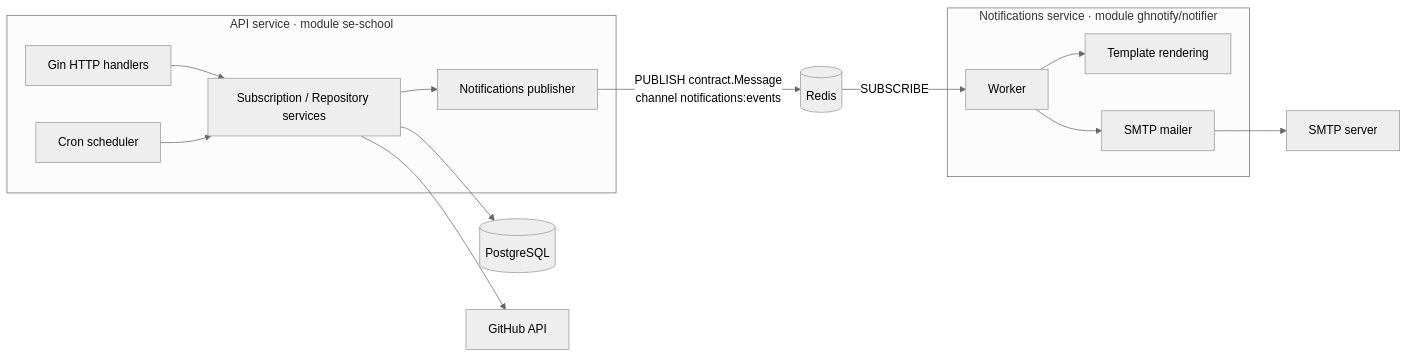
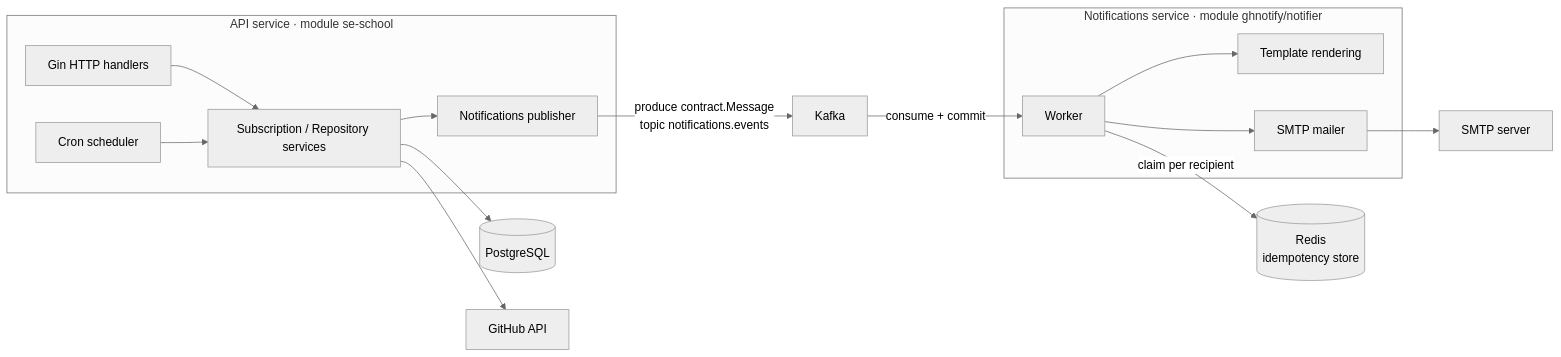
The first of 4 diagrams in README.md (GenesisEducationKyiv/software-engineering-school-6-0-vanyatemno), drawn with Mermaid (neutral theme) before and after one commit. The commit also changed other lines of this file and 5 other files, not shown here.

````diff
--- a/README.md
+++ b/README.md
@@ -29,17 +29,18 @@
 ```mermaid
 graph LR
     subgraph api[API service · module se-school]
       H[Gin HTTP handlers] --> S[Subscription / Repository services]
       CR[Cron scheduler] --> S
       S --> P[Notifications publisher]
     end
-    P -->|PUBLISH contract.Message<br/>channel notifications:events| R[(Redis)]
-    R -->|SUBSCRIBE| W[Worker]
+    P -->|produce contract.Message<br/>topic notifications.events| K[Kafka]
+    K -->|consume + commit| W[Worker]
     subgraph notif[Notifications service · module ghnotify/notifier]
       W --> T[Template rendering]
       W --> M[SMTP mailer]
     end
+    W -->|claim per recipient| RD[(Redis<br/>idempotency store)]
     S --> DB[(PostgreSQL)]
     S --> GH[GitHub API]
     M --> MX[SMTP server]
 ```
````
